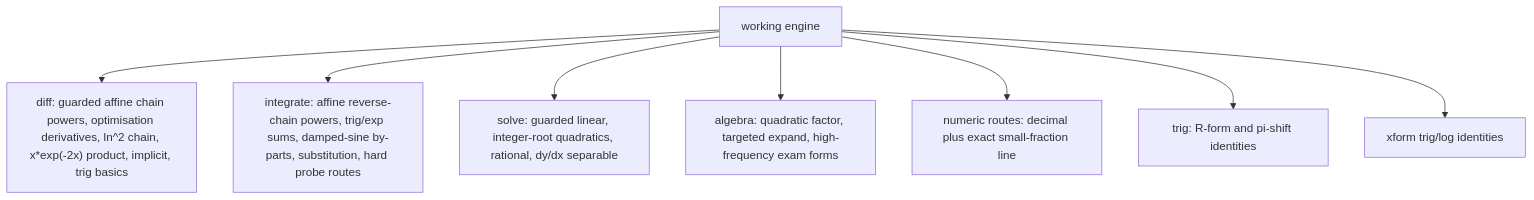
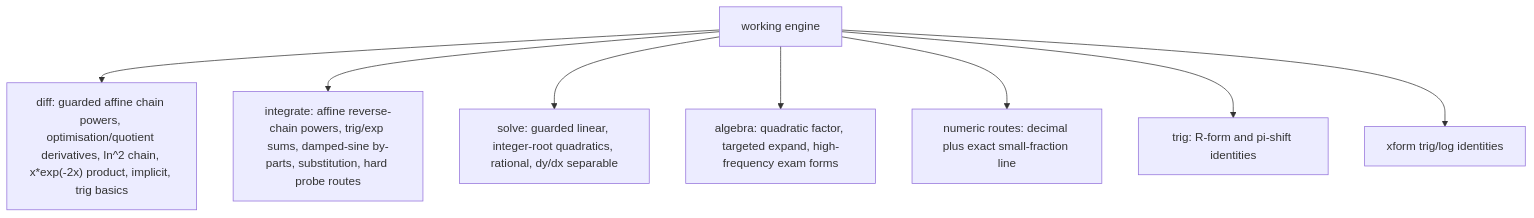
One commit to james8464/notes-addin-casio-fx-cg50 changed the third of 6 diagrams in docs/GRAPH.md. Above: the diagram before and after it, drawn with Mermaid. The commit also changed other lines of this file and 4 other files, not shown here.

Commit message:
feat: add quotient derivative working route

````diff
--- a/docs/GRAPH.md
+++ b/docs/GRAPH.md
@@ -34,10 +34,10 @@
 ```mermaid
 graph TD
-  Work["working engine"] --> Diff["diff: guarded affine chain powers, optimisation derivatives, ln^2 chain, x*exp(-2x) product, implicit, trig basics"]
+  Work["working engine"] --> Diff["diff: guarded affine chain powers, optimisation/quotient derivatives, ln^2 chain, x*exp(-2x) product, implicit, trig basics"]
   Work --> Int["integrate: affine reverse-chain powers, trig/exp sums, damped-sine by-parts, substitution, hard probe routes"]
   Work --> Solve["solve: guarded linear, integer-root quadratics, rational, dy/dx separable"]
   Work --> Alg["algebra: quadratic factor, targeted expand, high-frequency exam forms"]
   Work --> Num["numeric routes: decimal plus exact small-fraction line"]
   Work --> Trig["trig: R-form and pi-shift identities"]
   Work --> Xform["xform trig/log identities"]
 ```
````
